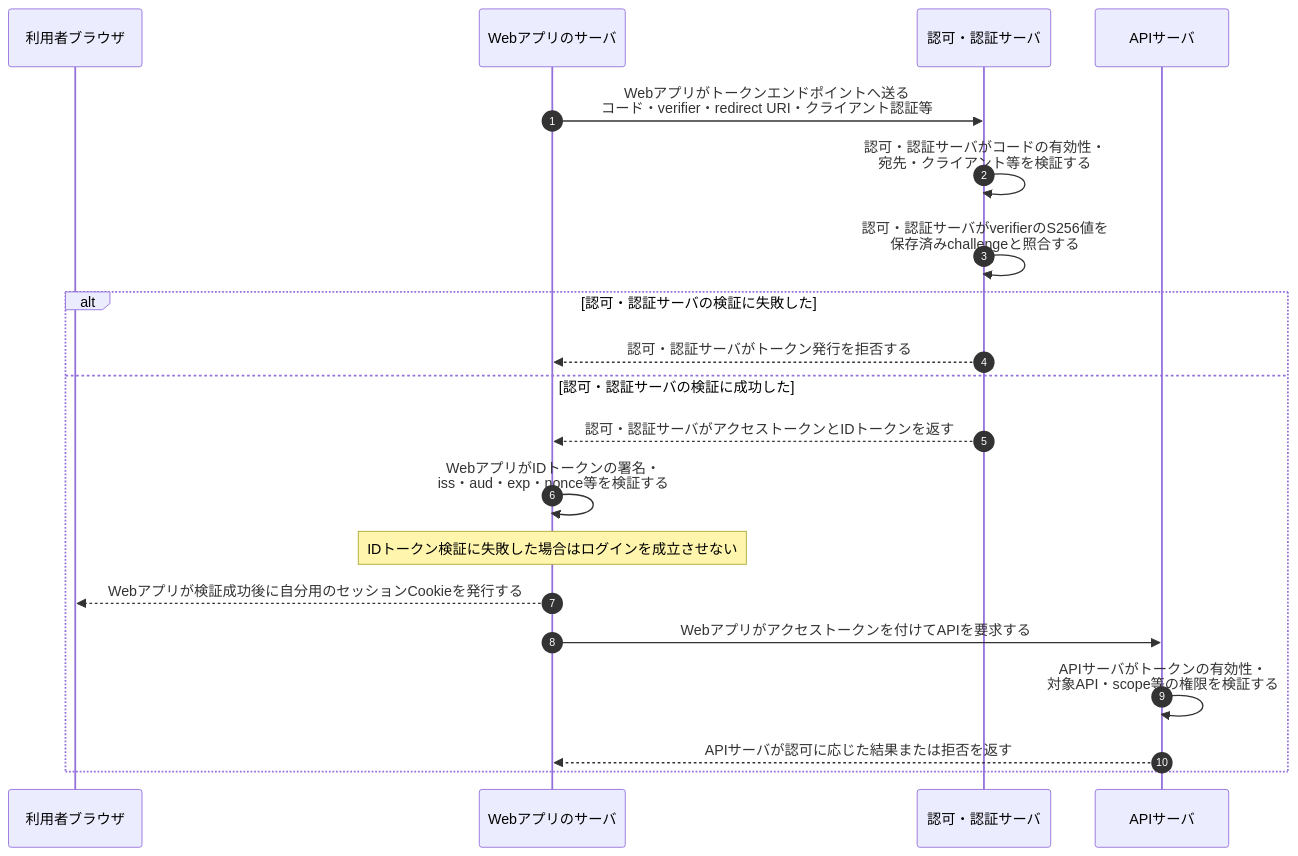
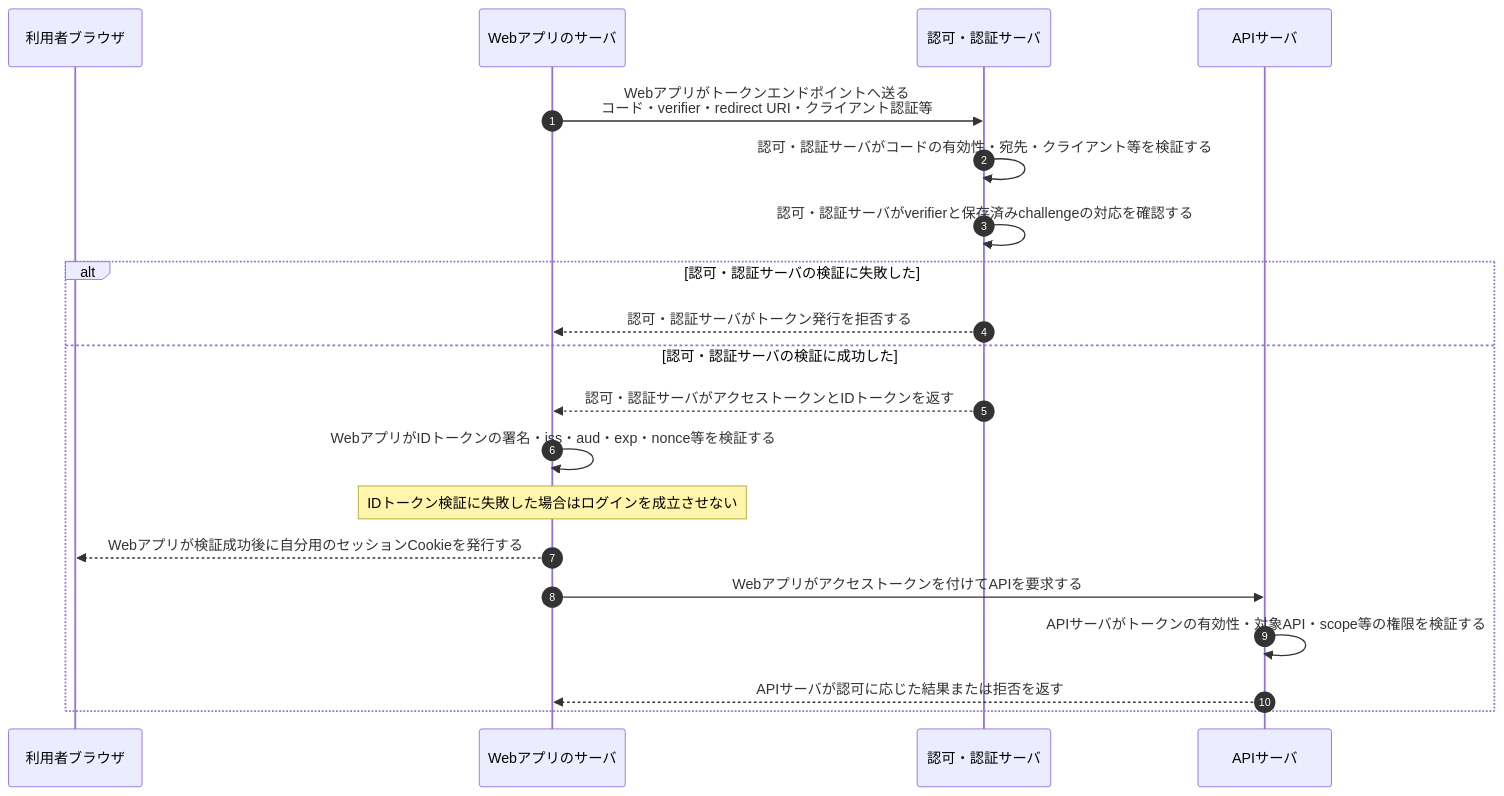
Before and after one commit to ryusuke2003/security-specialist-study: the second of 2 diagrams in 復習用/流れ図/OAuth2とOIDCの認可コードとPKCE.md, drawn with Mermaid. The commit also changed other lines of this file, not shown here.

Commit message:
OAuthとPKCE流れ図の生成式詳細を整理

````diff
--- a/復習用/流れ図/OAuth2とOIDCの認可コードとPKCE.md
+++ b/復習用/流れ図/OAuth2とOIDCの認可コードとPKCE.md
@@ -61,23 +61,23 @@
 ```mermaid
 sequenceDiagram
     autonumber
     participant B as 利用者ブラウザ
     participant C as Webアプリのサーバ
     participant O as 認可・認証サーバ
     participant A as APIサーバ
 
     C->>O: Webアプリがトークンエンドポイントへ送る<br/>コード・verifier・redirect URI・クライアント認証等
-    O->>O: 認可・認証サーバがコードの有効性・<br/>宛先・クライアント等を検証する
-    O->>O: 認可・認証サーバがverifierのS256値を<br/>保存済みchallengeと照合する
+    O->>O: 認可・認証サーバがコードの有効性・宛先・クライアント等を検証する
+    O->>O: 認可・認証サーバがverifierと保存済みchallengeの対応を確認する
     alt 認可・認証サーバの検証に失敗した
         O-->>C: 認可・認証サーバがトークン発行を拒否する
     else 認可・認証サーバの検証に成功した
         O-->>C: 認可・認証サーバがアクセストークンとIDトークンを返す
-        C->>C: WebアプリがIDトークンの署名・<br/>iss・aud・exp・nonce等を検証する
+        C->>C: WebアプリがIDトークンの署名・iss・aud・exp・nonce等を検証する
         Note over C: IDトークン検証に失敗した場合はログインを成立させない
         C-->>B: Webアプリが検証成功後に自分用のセッションCookieを発行する
         C->>A: Webアプリがアクセストークンを付けてAPIを要求する
-        A->>A: APIサーバがトークンの有効性・<br/>対象API・scope等の権限を検証する
+        A->>A: APIサーバがトークンの有効性・対象API・scope等の権限を検証する
         A-->>C: APIサーバが認可に応じた結果または拒否を返す
     end
 ```
````
